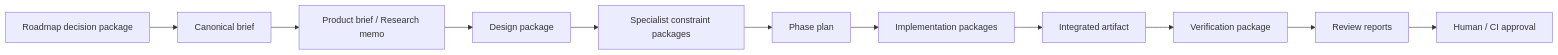
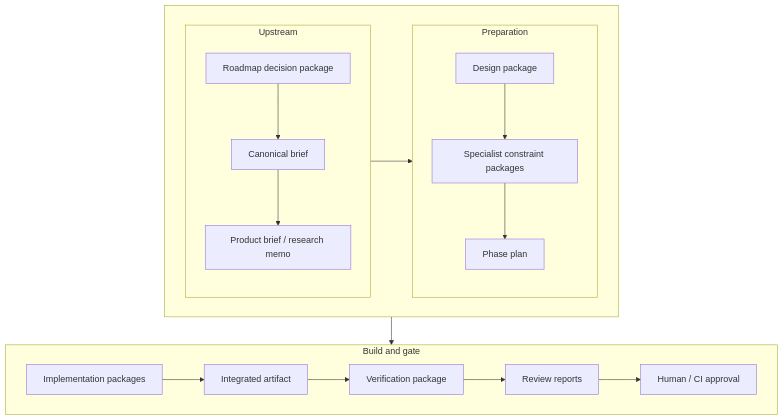
One commit to applicate2628/Orchestrarium changed the third of 4 diagrams in references/operating-model-diagram.md. Above: the diagram before and after it, drawn with Mermaid. The commit also changed other lines of this file and 1 other file, not shown here.

````diff
--- a/references/operating-model-diagram.md
+++ b/references/operating-model-diagram.md
@@ -83,25 +84,32 @@
 ```mermaid
-flowchart LR
-    R0["Roadmap decision package"]
-    R1["Canonical brief"]
-    R2["Product brief / Research memo"]
-    R3["Design package"]
-    R4["Specialist constraint packages"]
-    R5["Phase plan"]
-    R6["Implementation packages"]
-    R7["Integrated artifact"]
-    R8["Verification package"]
-    R9["Review reports"]
-    R10["Human / CI approval"]
+flowchart TB
+    subgraph RowTop[" "]
+        direction LR
+        subgraph Upstream["Upstream"]
+            direction TB
+            R0["Roadmap decision package"]
+            R1["Canonical brief"]
+            R2["Product brief / research memo"]
+        end
 
-    R0 --> R1
-    R1 --> R2
-    R2 --> R3
-    R3 --> R4
-    R4 --> R5
-    R5 --> R6
-    R6 --> R7
-    R7 --> R8
-    R8 --> R9
-    R9 --> R10
+        subgraph Preparation["Preparation"]
+            direction TB
+            R3["Design package"]
+            R4["Specialist constraint packages"]
+            R5["Phase plan"]
+        end
+    end
+
+    subgraph BuildGate["Build and gate"]
+        direction LR
+        R6["Implementation packages"]
+        R7["Integrated artifact"]
+        R8["Verification package"]
+        R9["Review reports"]
+        R10["Human / CI approval"]
+    end
+
+    R0 --> R1 --> R2
+    R2 --> R3 --> R4 --> R5
+    R5 --> R6 --> R7 --> R8 --> R9 --> R10
 ```
````
